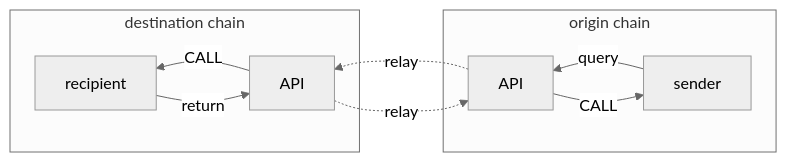
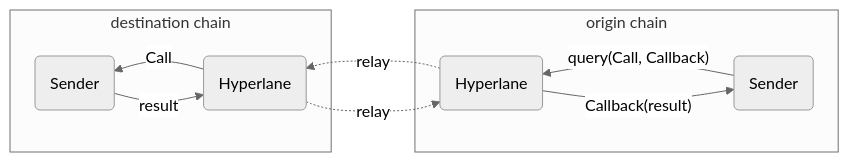
One commit to hyperlane-xyz/v2-docs changed the diagram in developers/query/README.md. Above: the diagram before and after it, drawn with Mermaid. The commit also changed other lines of this file and 6 other files, not shown here.

Commit message:
GitBook: [#208] Diagram Update + Rename to Liquidity Layer

````diff
--- a/developers/query/README.md
+++ b/developers/query/README.md
@@ -10,16 +11,16 @@
 ```mermaid
 %%{init: {'theme': 'neutral', 'themeCSS': '.node rect { fill: #025AA1 } .edgeLabel { color: black } .nodeLabel { color: white }'}}%%
 flowchart RL
 	subgraph origin chain
-		sender --"query"--> APIO[API]
-    APIO --"CALL"--> sender
+		sender(Sender) --"query(Call, Callback)"--> APIO(Hyperlane)
+    APIO --"Callback(result)"--> sender
 	end
 
 	APIO -."relay".-> APID
 	APID -."relay".-> APIO
 
 	subgraph destination chain
-		APID[API] --"CALL"--> recipient
-		recipient --"return"--> APID
+		APID(Hyperlane) --"Call"--> recipient(Sender)
+		recipient --"result"--> APID
 	end
 ```
````
